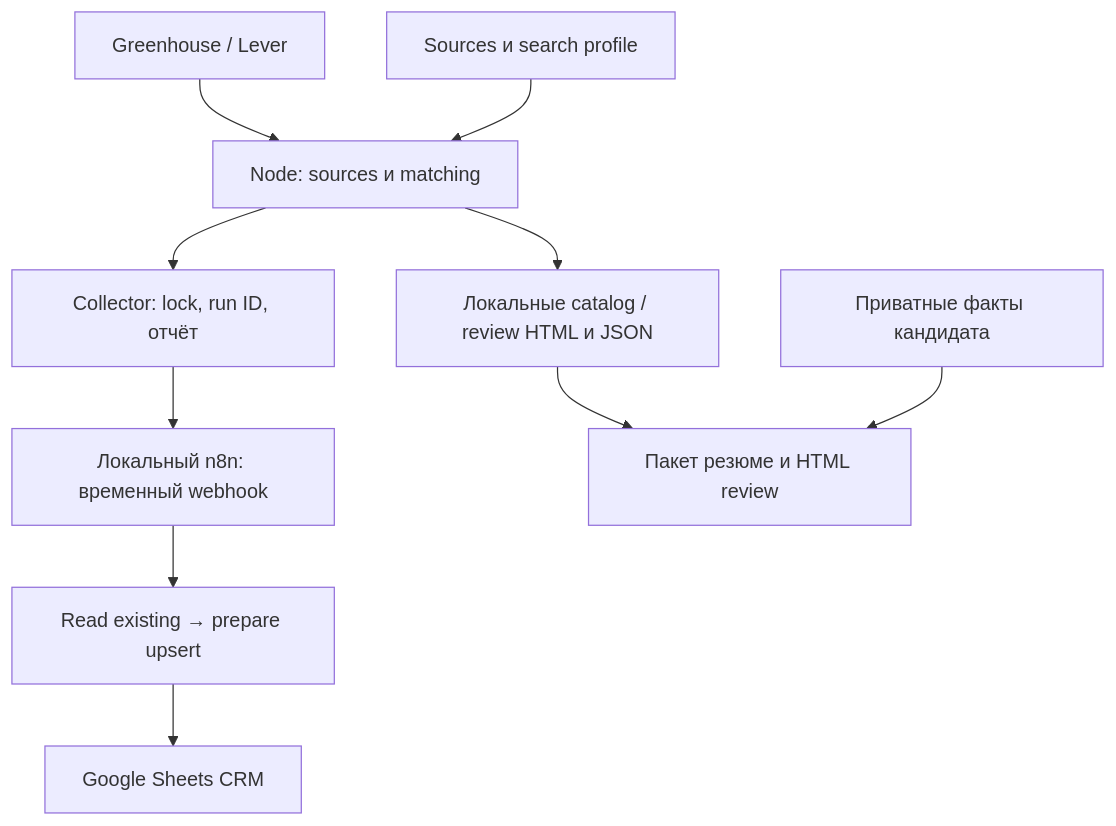
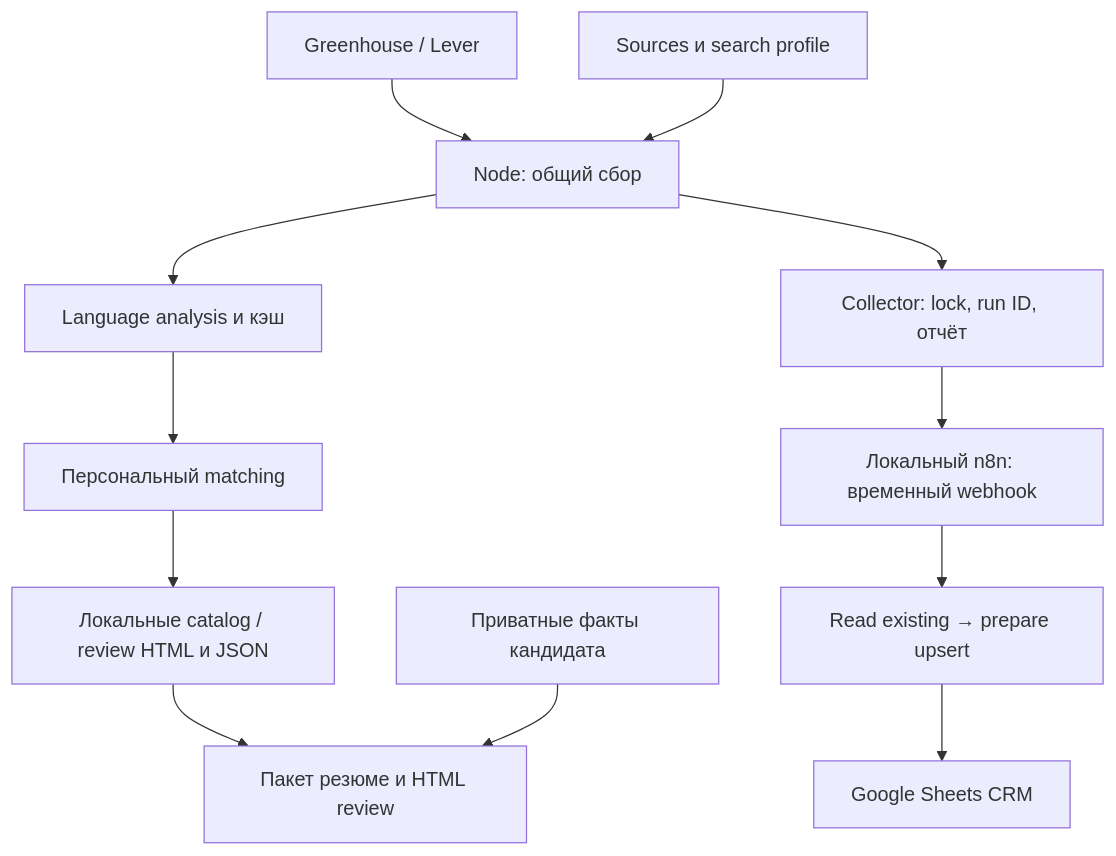
Before and after one commit to shakirov611-tech/jobradar: the diagram in docs/architecture/current.md, drawn with Mermaid. The commit also changed other lines of this file and 32 other files, not shown here.

Commit message:
feat: add shared language analysis and personal language fit

````diff
--- a/docs/architecture/current.md
+++ b/docs/architecture/current.md
@@ -7,12 +7,14 @@
 ```mermaid
 flowchart TD
-  ATS["Greenhouse / Lever"] --> Sources["Node: sources и matching"]
+  ATS["Greenhouse / Lever"] --> Sources["Node: общий сбор"]
   Config["Sources и search profile"] --> Sources
-  Sources --> Preview["Локальные catalog / review HTML и JSON"]
+  Sources --> Language["Language analysis и кэш"]
+  Language --> Match["Персональный matching"]
+  Match --> Preview["Локальные catalog / review HTML и JSON"]
   Sources --> Runner["Collector: lock, run ID, отчёт"]
   Runner --> Webhook["Локальный n8n: временный webhook"]
   Webhook --> Upsert["Read existing → prepare upsert"]
   Upsert --> Sheets["Google Sheets CRM"]
   Preview --> Resume["Пакет резюме и HTML review"]
   Facts["Приватные факты кандидата"] --> Resume
 ```
````
